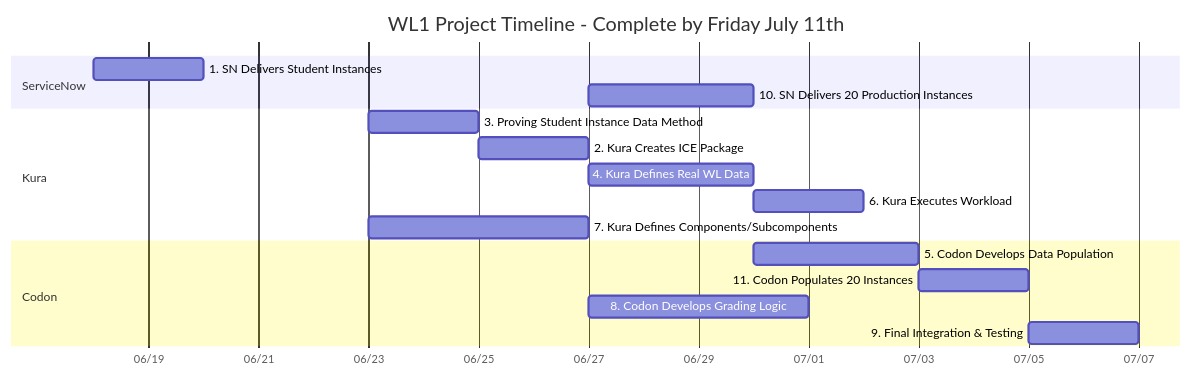
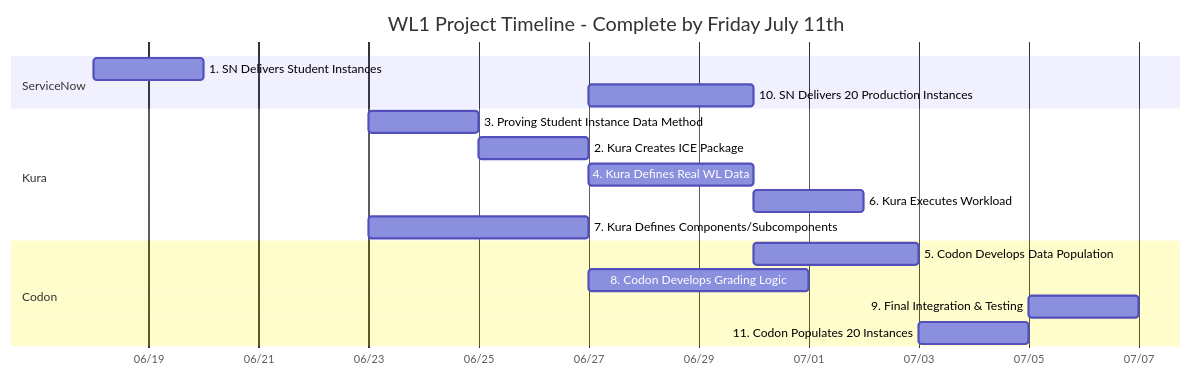
Before and after one commit to elmorenox/wl1_mermaid: the diagram in readme.md, drawn with Mermaid. The commit also changed other lines of this file, not shown here.

````diff
--- a/readme.md
+++ b/readme.md
@@ -5,23 +5,23 @@
 ```mermaid
 gantt
     title WL1 Project Timeline - Complete by Friday July 11th
     dateFormat YYYY-MM-DD
     axisFormat %m/%d
     
     section ServiceNow
     1. SN Delivers Student Instances      :sn1, 2025-06-18, 2025-06-20
     10. SN Delivers 20 Production Instances :sn10, after k2, 3d
     
     section Kura
     3. Proving Student Instance Data Method :k3, 2025-06-23, 2025-06-25
     2. Kura Creates ICE Package           :k2, after k3, 2d
     4. Kura Defines Real WL Data          :k4, after k2, 3d
     6. Kura Executes Workload             :k6, after k4, 2d
     7. Kura Defines Components/Subcomponents :k7, 2025-06-23, 2025-06-27
     
     section Codon
     5. Codon Develops Data Population     :c5, after k4, 3d
-    11. Codon Populates 20 Instances      :c11, after c5, 2d
     8. Codon Develops Grading Logic       :c8, after k7, 4d
     9. Final Integration & Testing        :c9, after c11 c8 k6, 2d
+    11. Codon Populates 20 Instances      :c11, after c5, 2d
 ```
````
